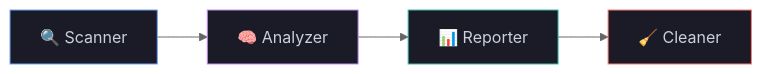
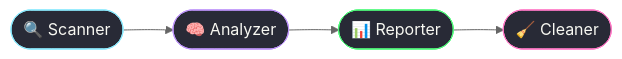
The first of 2 diagrams in README.md (Ashwinmv123/Ashwinmv123), drawn with Mermaid (neutral theme) before and after one commit. The commit also changed other lines of this file, not shown here.

````diff
--- a/README.md
+++ b/README.md
@@ -109,8 +106,8 @@
 ```mermaid
 flowchart LR
-    A[🔍 Scanner] --> B[🧠 Analyzer] --> C[📊 Reporter] --> D[🧹 Cleaner]
-    style A fill:#1a1b27,stroke:#70a5fd,color:#c9d1d9
-    style B fill:#1a1b27,stroke:#bf91f3,color:#c9d1d9
-    style C fill:#1a1b27,stroke:#38bdae,color:#c9d1d9
-    style D fill:#1a1b27,stroke:#ff7b72,color:#c9d1d9
+    S([🔍 Scanner]) --> A([🧠 Analyzer]) --> R([📊 Reporter]) --> C([🧹 Cleaner])
+    style S fill:#282a36,stroke:#8be9fd,color:#f8f8f2
+    style A fill:#282a36,stroke:#bd93f9,color:#f8f8f2
+    style R fill:#282a36,stroke:#50fa7b,color:#f8f8f2
+    style C fill:#282a36,stroke:#ff79c6,color:#f8f8f2
 ```
````
